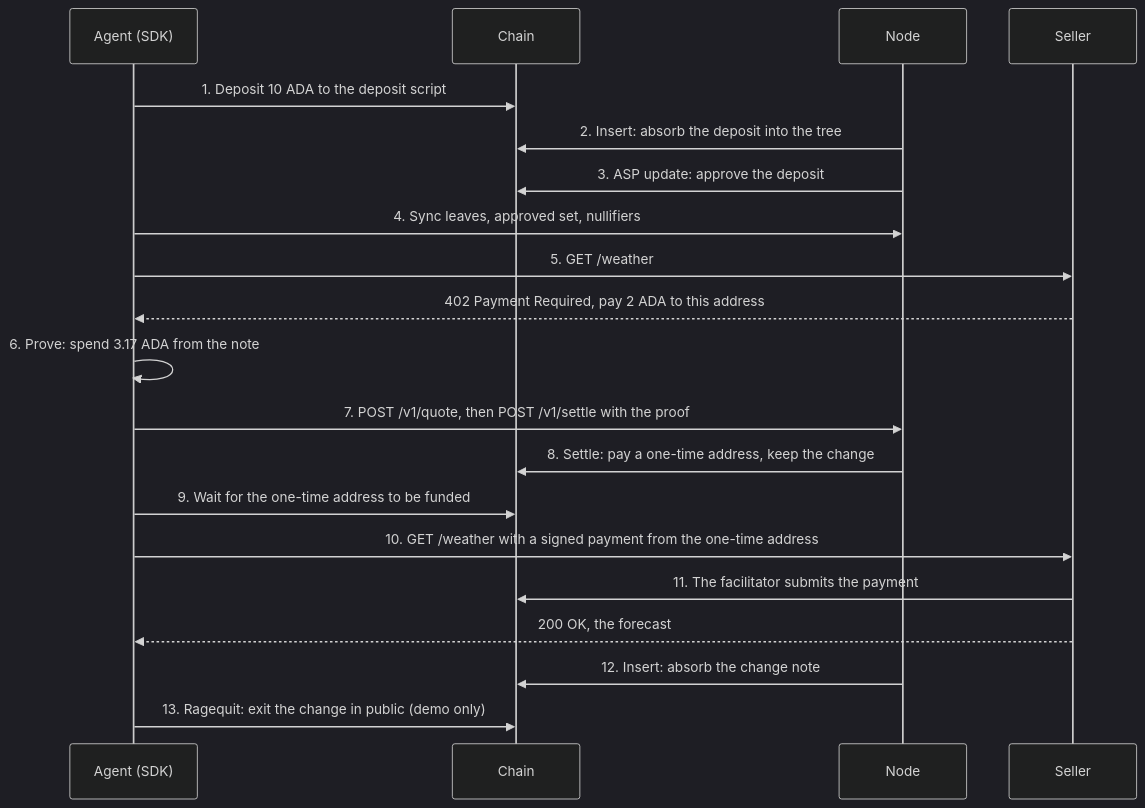
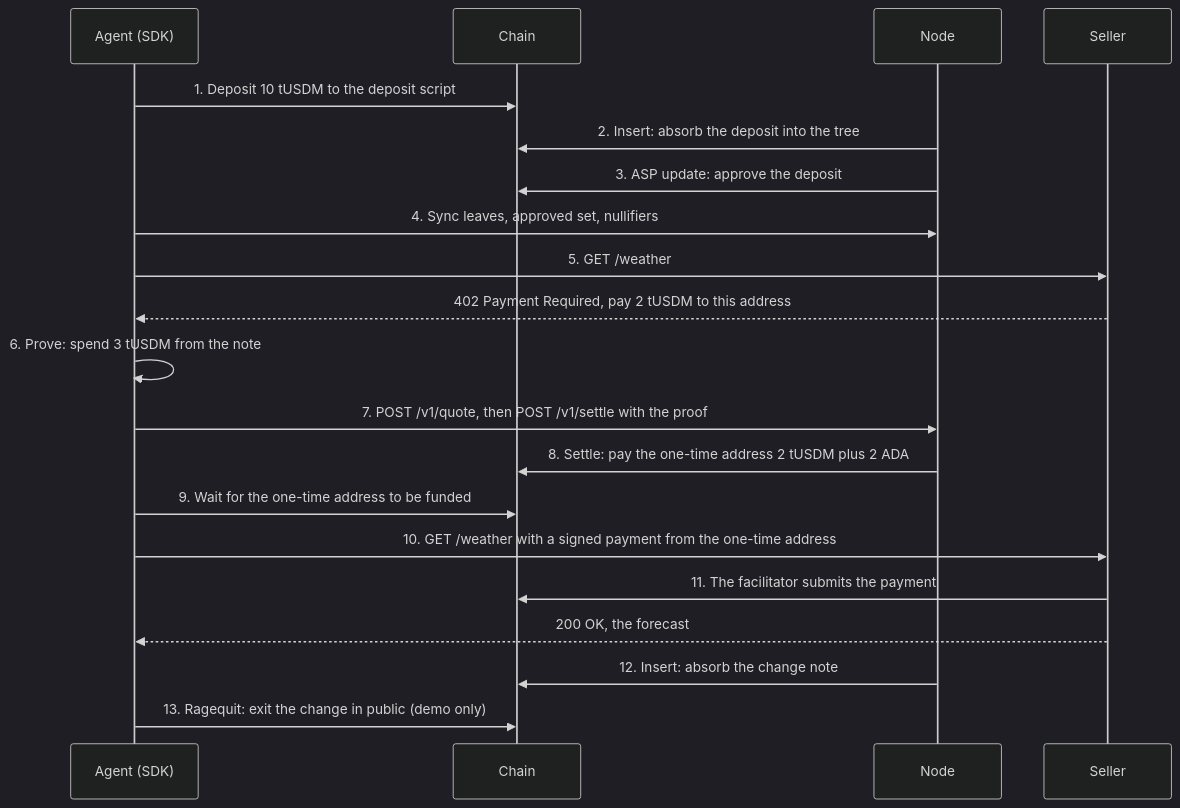
The diagram in apps/docs/content/guide/life-of-a-payment.mdx (Marcussy34/zbase-cardano-mainnet), drawn with Mermaid (dark theme) before and after one commit. The commit also changed other lines of this file and 3 other files, not shown here.

````diff
--- a/apps/docs/content/guide/life-of-a-payment.mdx
+++ b/apps/docs/content/guide/life-of-a-payment.mdx
@@ -21,23 +21,23 @@
 ```mermaid
 sequenceDiagram
     participant A as Agent (SDK)
     participant C as Chain
     participant N as Node
     participant S as Seller
 
-    A->>C: 1. Deposit 10 ADA to the deposit script
+    A->>C: 1. Deposit 10 tUSDM to the deposit script
     N->>C: 2. Insert: absorb the deposit into the tree
     N->>C: 3. ASP update: approve the deposit
     A->>N: 4. Sync leaves, approved set, nullifiers
     A->>S: 5. GET /weather
-    S-->>A: 402 Payment Required, pay 2 ADA to this address
-    A->>A: 6. Prove: spend 3.17 ADA from the note
+    S-->>A: 402 Payment Required, pay 2 tUSDM to this address
+    A->>A: 6. Prove: spend 3 tUSDM from the note
     A->>N: 7. POST /v1/quote, then POST /v1/settle with the proof
-    N->>C: 8. Settle: pay a one-time address, keep the change
+    N->>C: 8. Settle: pay the one-time address 2 tUSDM plus 2 ADA
     A->>C: 9. Wait for the one-time address to be funded
     A->>S: 10. GET /weather with a signed payment from the one-time address
     S->>C: 11. The facilitator submits the payment
     S-->>A: 200 OK, the forecast
     N->>C: 12. Insert: absorb the change note
     A->>C: 13. Ragequit: exit the change in public (demo only)
 ```
````
